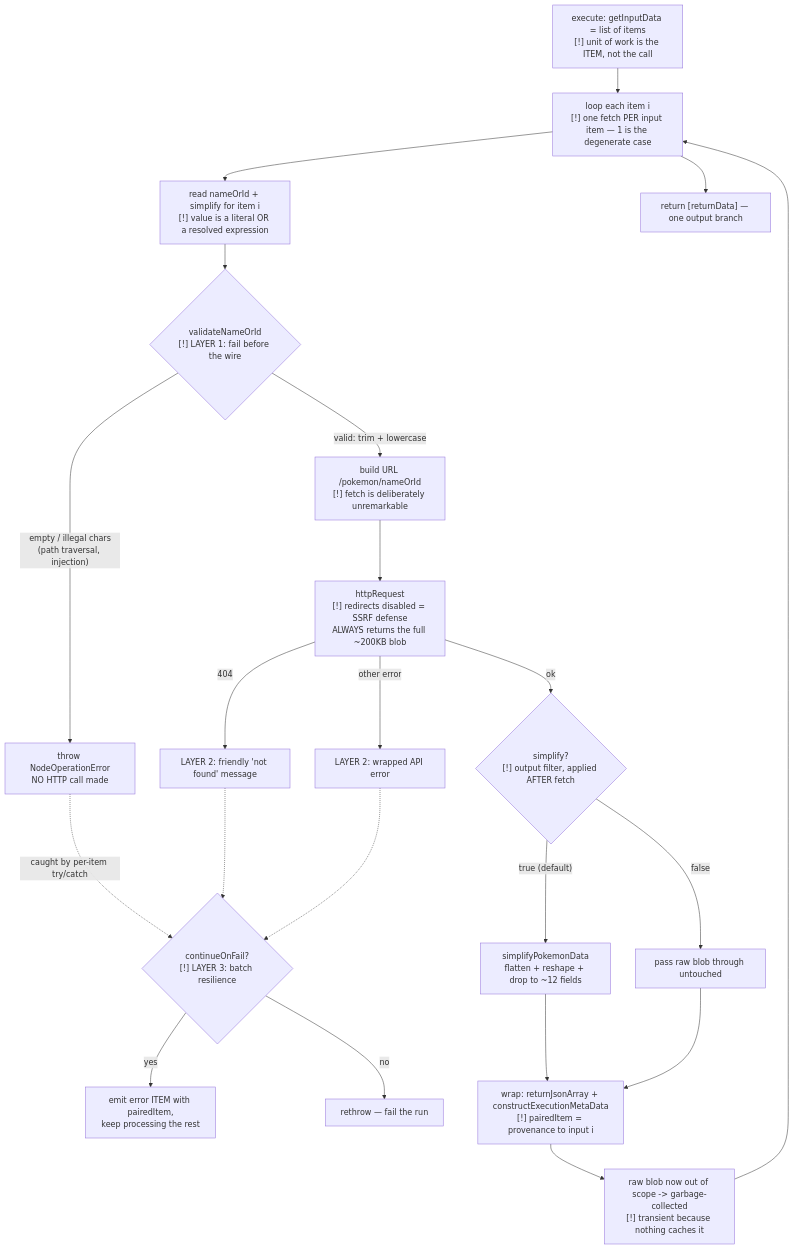
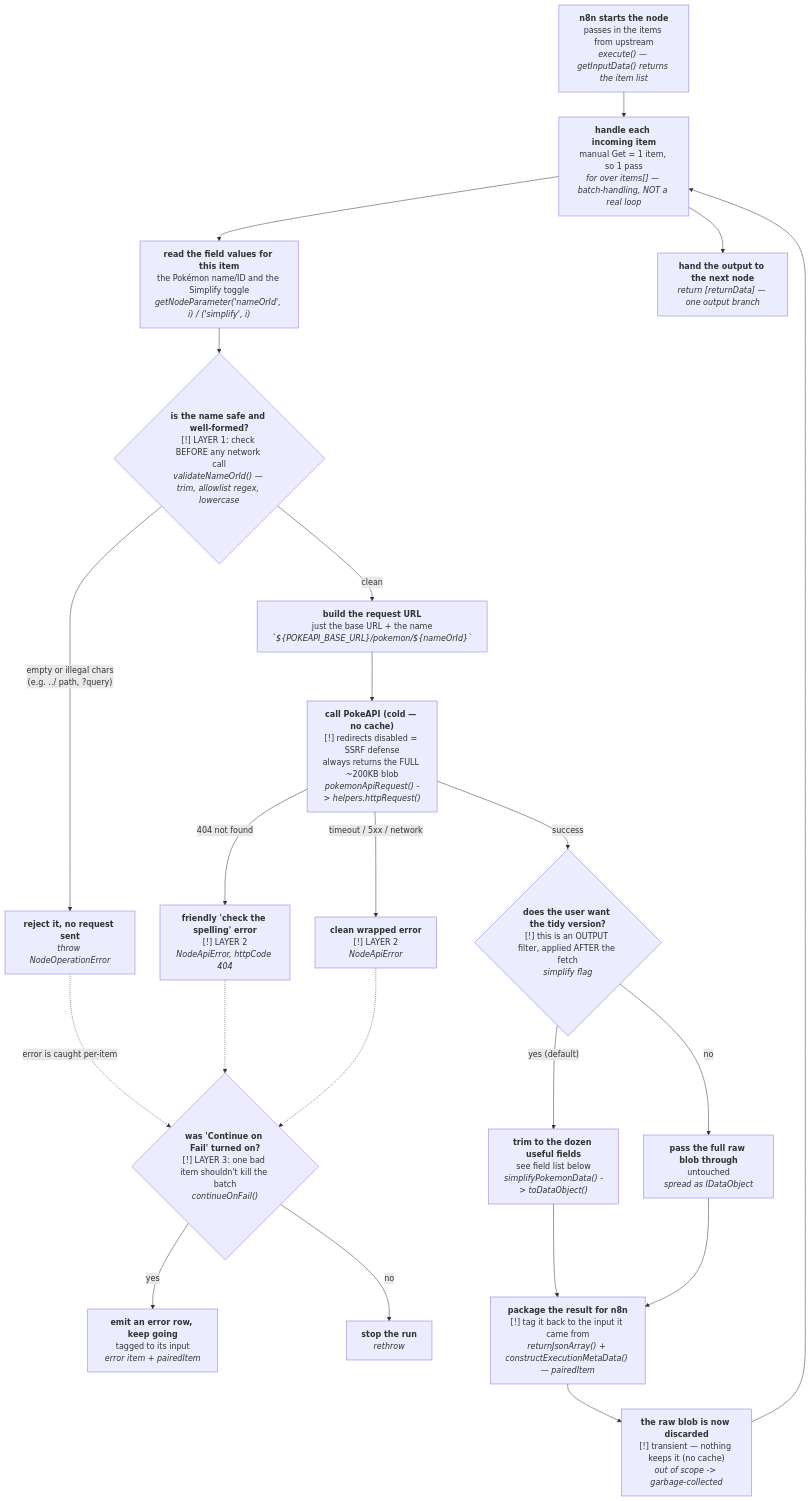
Before and after one commit to colabug/n8n: the fifth of 8 diagrams in docs/CODING-DEBRIEF.md, drawn with Mermaid. The commit also changed other lines of this file, not shown here.

First line of the commit message:
docs: make Get diagrams human-readable, fix the "looping" framing, flag no-cache

````diff
--- a/docs/CODING-DEBRIEF.md
+++ b/docs/CODING-DEBRIEF.md
@@ -218,25 +226,25 @@
 ```mermaid
 flowchart TD
-    A["execute: getInputData = list of items<br/>[!] unit of work is the ITEM, not the call"] --> B["loop each item i<br/>[!] one fetch PER input item — 1 is the degenerate case"]
-    B --> C["read nameOrId + simplify for item i<br/>[!] value is a literal OR a resolved expression"]
-    C --> D{"validateNameOrId<br/>[!] LAYER 1: fail before the wire"}
-    D -->|"empty / illegal chars<br/>(path traversal, injection)"| DE["throw NodeOperationError<br/>NO HTTP call made"]
-    D -->|"valid: trim + lowercase"| E["build URL /pokemon/nameOrId<br/>[!] fetch is deliberately unremarkable"]
-    E --> F["httpRequest<br/>[!] redirects disabled = SSRF defense<br/>ALWAYS returns the full ~200KB blob"]
-    F -->|"404"| F4["LAYER 2: friendly 'not found' message"]
-    F -->|"other error"| FE["LAYER 2: wrapped API error"]
-    F -->|"ok"| G{"simplify?<br/>[!] output filter, applied AFTER fetch"}
-    G -->|"true (default)"| H["simplifyPokemonData<br/>flatten + reshape + drop to ~12 fields"]
-    G -->|"false"| I["pass raw blob through untouched"]
-    H --> J["wrap: returnJsonArray + constructExecutionMetaData<br/>[!] pairedItem = provenance to input i"]
+    A["<b>n8n starts the node</b><br/>passes in the items from upstream<br/><i>execute() — getInputData() returns the item list</i>"] --> B["<b>handle each incoming item</b><br/>manual Get = 1 item, so 1 pass<br/><i>for over items[] — batch-handling, NOT a real loop</i>"]
+    B --> C["<b>read the field values for this item</b><br/>the Pokémon name/ID and the Simplify toggle<br/><i>getNodeParameter('nameOrId', i) / ('simplify', i)</i>"]
+    C --> D{"<b>is the name safe and well-formed?</b><br/>[!] LAYER 1: check BEFORE any network call<br/><i>validateNameOrId() — trim, allowlist regex, lowercase</i>"}
+    D -->|"empty or illegal chars<br/>(e.g. ../ path, ?query)"| DE["<b>reject it, no request sent</b><br/><i>throw NodeOperationError</i>"]
+    D -->|"clean"| E["<b>build the request URL</b><br/>just the base URL + the name<br/><i>`${POKEAPI_BASE_URL}/pokemon/${nameOrId}`</i>"]
+    E --> F["<b>call PokeAPI (cold — no cache)</b><br/>[!] redirects disabled = SSRF defense<br/>always returns the FULL ~200KB blob<br/><i>pokemonApiRequest() -> helpers.httpRequest()</i>"]
+    F -->|"404 not found"| F4["<b>friendly 'check the spelling' error</b><br/>[!] LAYER 2<br/><i>NodeApiError, httpCode 404</i>"]
+    F -->|"timeout / 5xx / network"| FE["<b>clean wrapped error</b><br/>[!] LAYER 2<br/><i>NodeApiError</i>"]
+    F -->|"success"| G{"<b>does the user want the tidy version?</b><br/>[!] this is an OUTPUT filter, applied AFTER the fetch<br/><i>simplify flag</i>"}
+    G -->|"yes (default)"| H["<b>trim to the dozen useful fields</b><br/>see field list below<br/><i>simplifyPokemonData() -> toDataObject()</i>"]
+    G -->|"no"| I["<b>pass the full raw blob through</b><br/>untouched<br/><i>spread as IDataObject</i>"]
+    H --> J["<b>package the result for n8n</b><br/>[!] tag it back to the input it came from<br/><i>returnJsonArray() + constructExecutionMetaData() — pairedItem</i>"]
     I --> J
-    J --> K["raw blob now out of scope -> garbage-collected<br/>[!] transient because nothing caches it"]
+    J --> K["<b>the raw blob is now discarded</b><br/>[!] transient — nothing keeps it (no cache)<br/><i>out of scope -> garbage-collected</i>"]
     K --> B
-    B --> RET["return [returnData] — one output branch"]
+    B --> RET["<b>hand the output to the next node</b><br/><i>return [returnData] — one output branch</i>"]
 
-    DE -.caught by per-item try/catch.-> CF{"continueOnFail?<br/>[!] LAYER 3: batch resilience"}
+    DE -.error is caught per-item.-> CF{"<b>was 'Continue on Fail' turned on?</b><br/>[!] LAYER 3: one bad item shouldn't kill the batch<br/><i>continueOnFail()</i>"}
     F4 -.-> CF
     FE -.-> CF
-    CF -->|"yes"| CFY["emit error ITEM with pairedItem,<br/>keep processing the rest"]
-    CF -->|"no"| CFN["rethrow — fail the run"]
+    CF -->|"yes"| CFY["<b>emit an error row, keep going</b><br/>tagged to its input<br/><i>error item + pairedItem</i>"]
+    CF -->|"no"| CFN["<b>stop the run</b><br/><i>rethrow</i>"]
 ```
````
